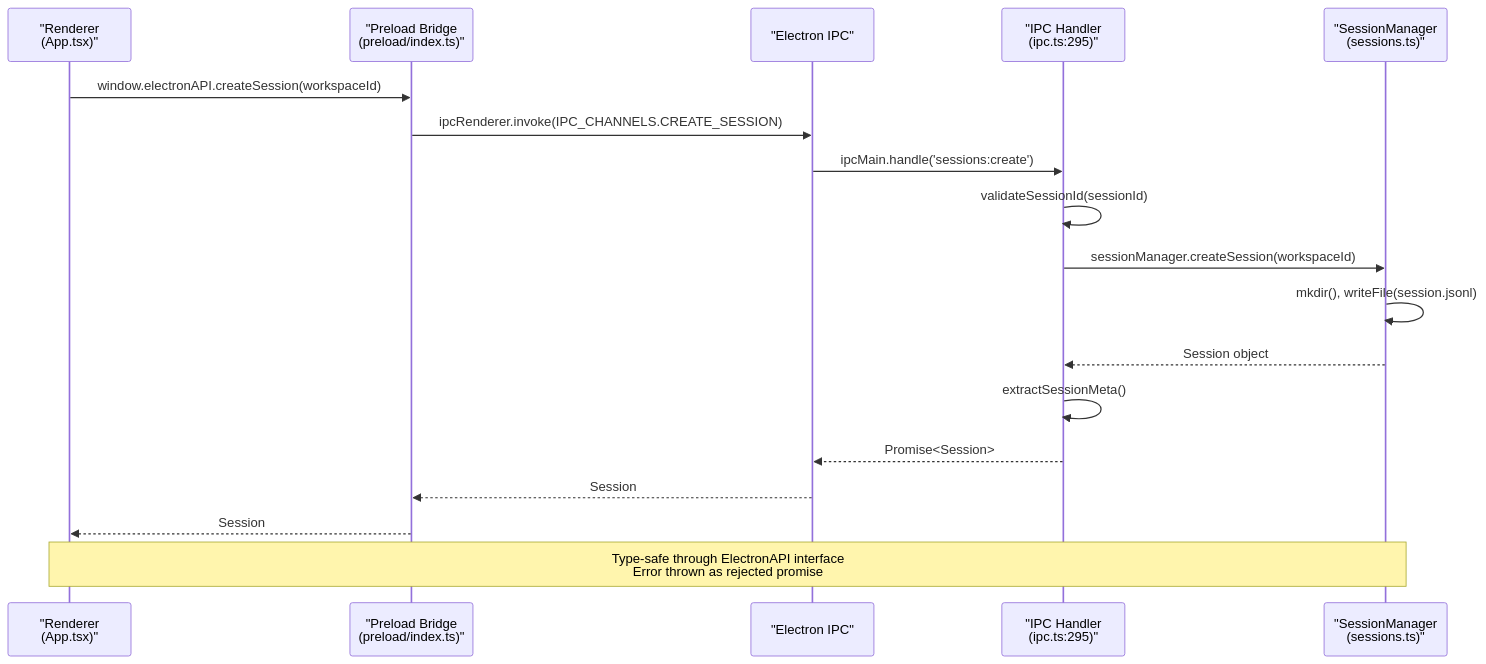
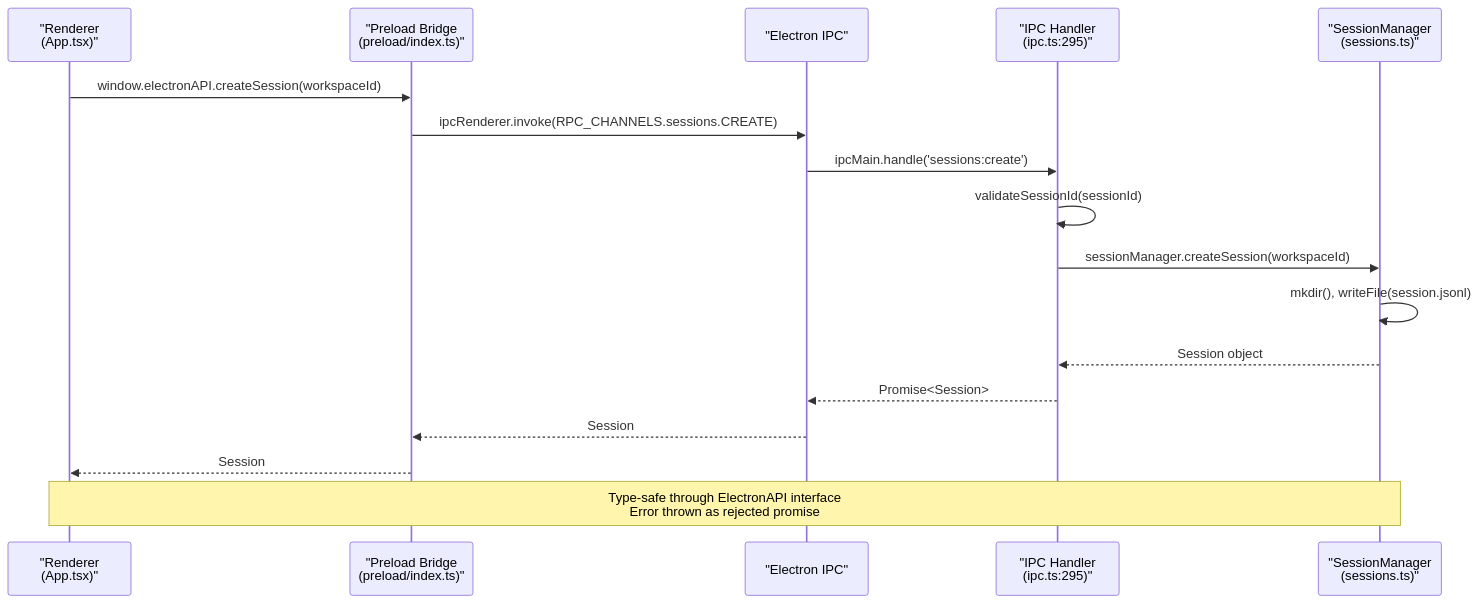
The second of 3 diagrams in docs/lukilabs_craft-agents-oss/api-reference/ipc-channels.md (blackcater/zentree), drawn with Mermaid before and after one commit. The commit also changed other lines of this file and 232 other files, not shown here.

````diff
--- a/docs/lukilabs_craft-agents-oss/api-reference/ipc-channels.md
+++ b/docs/lukilabs_craft-agents-oss/api-reference/ipc-channels.md
@@ -127,24 +106,23 @@
 ```mermaid
 sequenceDiagram
     participant Renderer as "Renderer<br/>(App.tsx)"
     participant Preload as "Preload Bridge<br/>(preload/index.ts)"
     participant IPC as "Electron IPC"
     participant Handler as "IPC Handler<br/>(ipc.ts:295)"
     participant Manager as "SessionManager<br/>(sessions.ts)"
-
+    
     Renderer->>Preload: window.electronAPI.createSession(workspaceId)
-    Preload->>IPC: ipcRenderer.invoke(IPC_CHANNELS.CREATE_SESSION)
+    Preload->>IPC: ipcRenderer.invoke(RPC_CHANNELS.sessions.CREATE)
     IPC->>Handler: ipcMain.handle('sessions:create')
-
+    
     Handler->>Handler: validateSessionId(sessionId)
     Handler->>Manager: sessionManager.createSession(workspaceId)
     Manager->>Manager: mkdir(), writeFile(session.jsonl)
     Manager-->>Handler: Session object
-
-    Handler->>Handler: extractSessionMeta()
+    
     Handler-->>IPC: Promise<Session>
     IPC-->>Preload: Session
     Preload-->>Renderer: Session
-
+    
     Note over Renderer,Manager: Type-safe through ElectronAPI interface<br/>Error thrown as rejected promise
 ```
````
